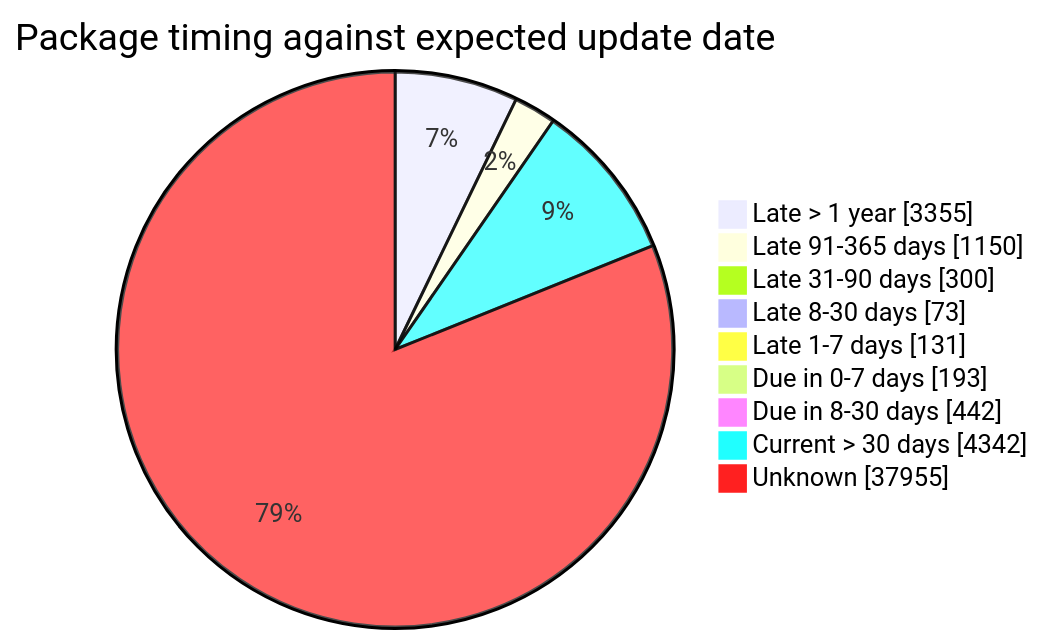
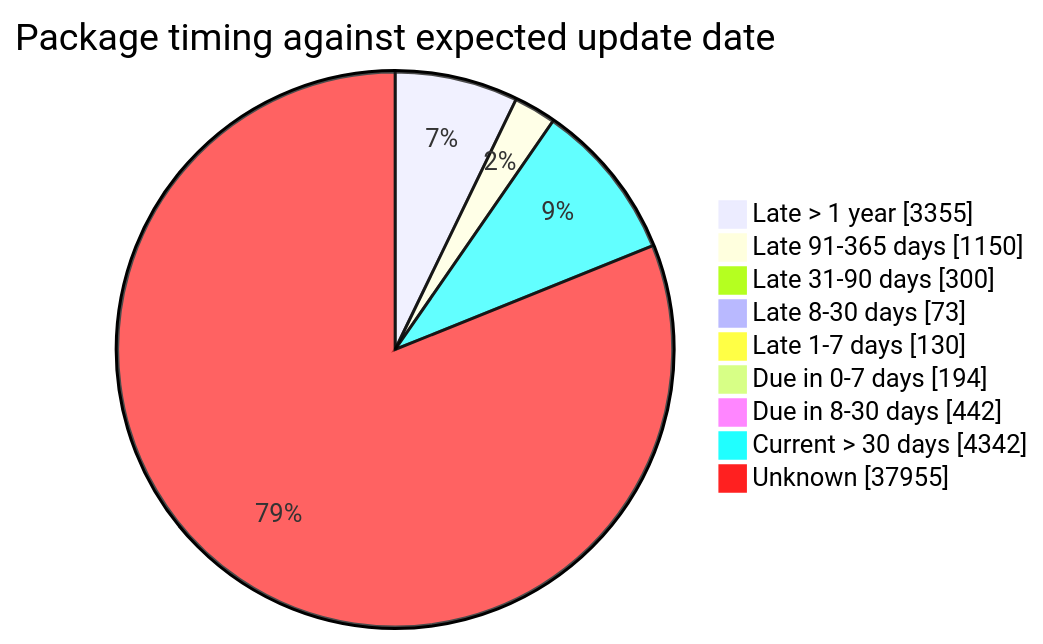
One commit to open-data/analytics-corporate-reporting changed the fourth of 5 diagrams in FreshCheck/README.md. Above: the diagram before and after it, drawn with Mermaid. The commit also changed other lines of this file and 3 other files, not shown here.

````diff
--- a/FreshCheck/README.md
+++ b/FreshCheck/README.md
@@ -86,12 +86,12 @@
 ```mermaid
 pie showData title Package timing against expected update date
     "Late > 1 year": 3355
     "Late 91-365 days": 1150
     "Late 31-90 days": 300
     "Late 8-30 days": 73
-    "Late 1-7 days": 131
-    "Due in 0-7 days": 193
+    "Late 1-7 days": 130
+    "Due in 0-7 days": 194
     "Due in 8-30 days": 442
     "Current > 30 days": 4342
     "Unknown": 37955
 ```
````
